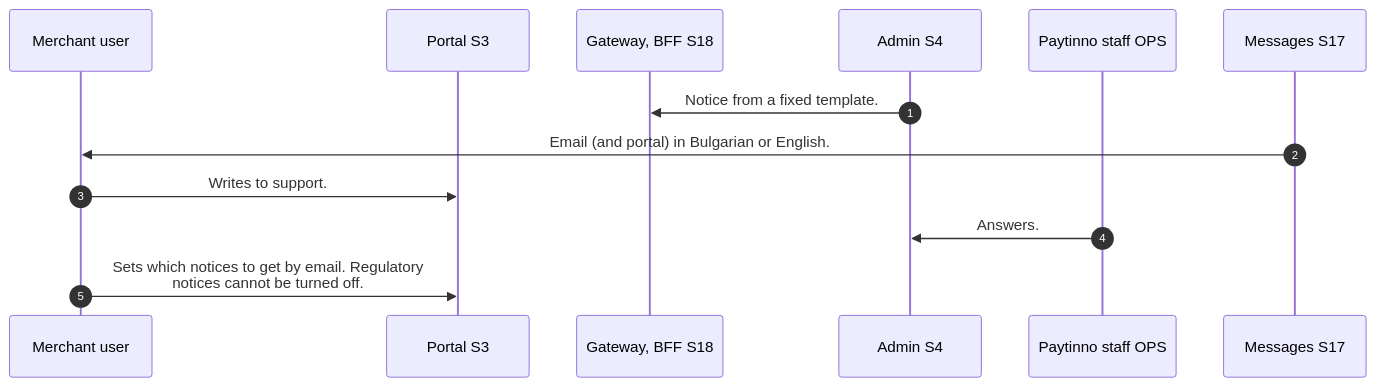
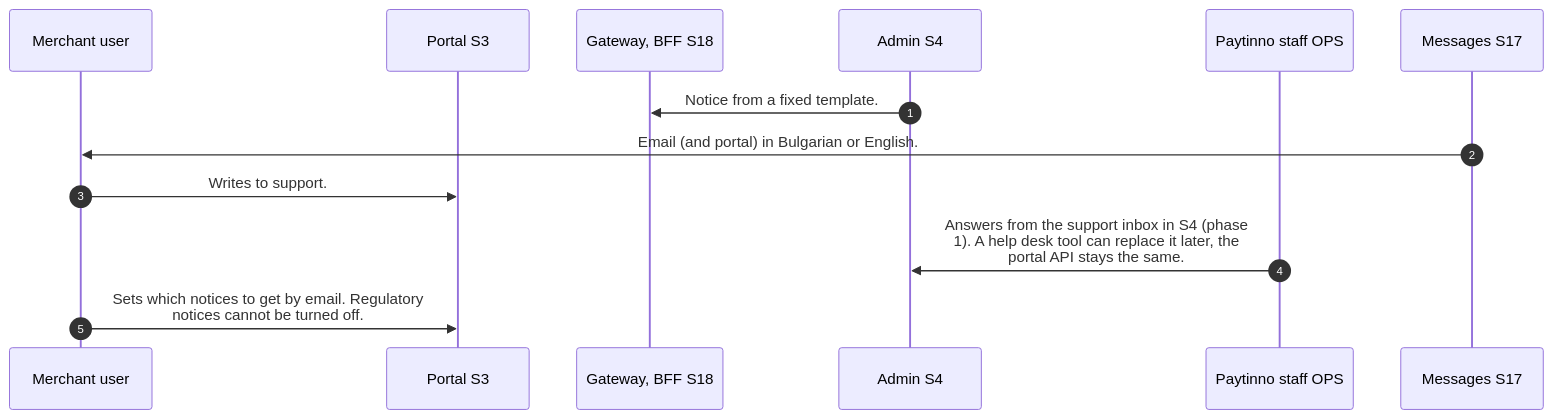
The diagram in docs/workflows/MP-25-messages-and-notices.md (paytinno/merchant-portal-workflows), drawn with Mermaid before and after one commit. The commit also changed other lines of this file and 36 other files, not shown here.

````diff
--- a/docs/workflows/MP-25-messages-and-notices.md
+++ b/docs/workflows/MP-25-messages-and-notices.md
@@ -21,15 +21,15 @@
 ```mermaid
 sequenceDiagram
   autonumber
   participant MER as Merchant user
   participant S3 as Portal S3
   participant S18 as Gateway, BFF S18
   participant S4 as Admin S4
   participant OPS as Paytinno staff OPS
   participant S17 as Messages S17
   S4->>S18: Notice from a fixed template.
   S17->>MER: Email (and portal) in Bulgarian or English.
   MER->>S3: Writes to support.
-  OPS->>S4: Answers.
+  OPS->>S4: Answers from the support inbox in S4 (phase<br/>1). A help desk tool can replace it later, the<br/>portal API stays the same.
   MER->>S3: Sets which notices to get by email. Regulatory<br/>notices cannot be turned off.
 ```
````
